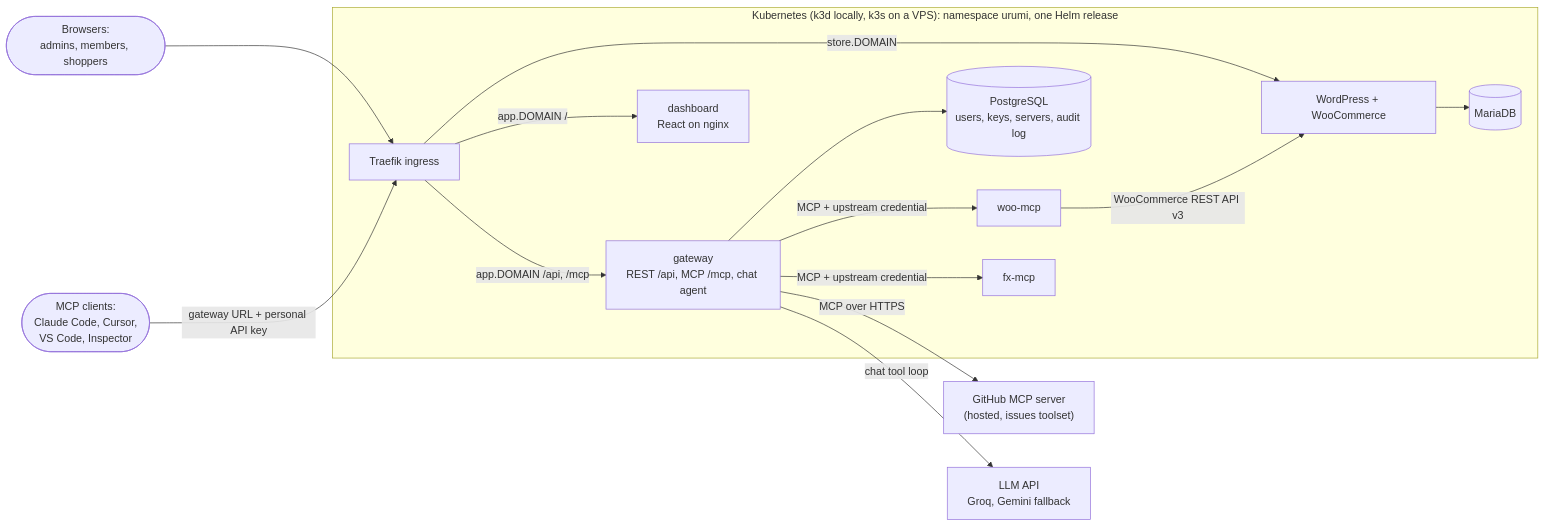
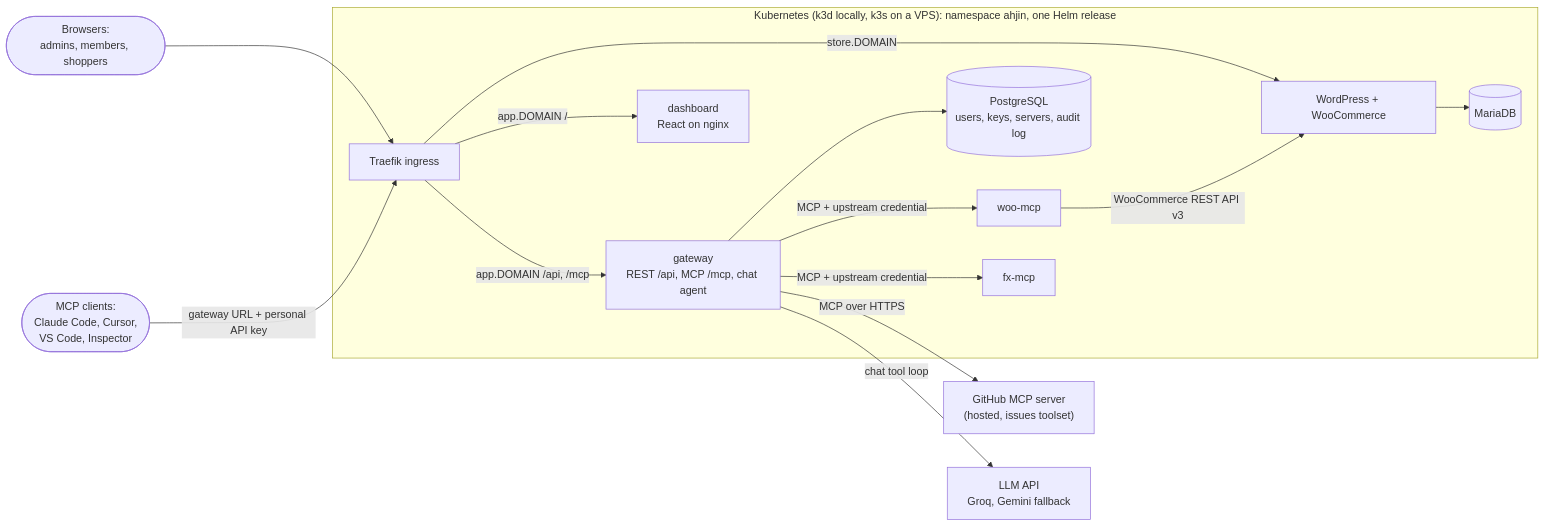
One commit to Mohan0112/Merchant_MCP_gateway changed the diagram in README.md. Above: the diagram before and after it, drawn with Mermaid. The commit also changed other lines of this file and 135 other files, not shown here.

````diff
--- a/README.md
+++ b/README.md
@@ -29,32 +29,32 @@
 ```mermaid
 flowchart LR
     people(["Browsers:<br/>admins, members, shoppers"])
     clients(["MCP clients:<br/>Claude Code, Cursor,<br/>VS Code, Inspector"])
 
-    subgraph k8s["Kubernetes (k3d locally, k3s on a VPS): namespace urumi, one Helm release"]
+    subgraph k8s["Kubernetes (k3d locally, k3s on a VPS): namespace ahjin, one Helm release"]
         traefik["Traefik ingress"]
         dash["dashboard<br/>React on nginx"]
         gw["gateway<br/>REST /api, MCP /mcp, chat agent"]
         pg[("PostgreSQL<br/>users, keys, servers, audit log")]
         woo["woo-mcp"]
         fx["fx-mcp"]
         wp["WordPress + WooCommerce"]
         db[("MariaDB")]
     end
 
     gh["GitHub MCP server<br/>(hosted, issues toolset)"]
     llm["LLM API<br/>Groq, Gemini fallback"]
 
     people --> traefik
     clients -->|"gateway URL + personal API key"| traefik
     traefik -->|"store.DOMAIN"| wp
     traefik -->|"app.DOMAIN /"| dash
     traefik -->|"app.DOMAIN /api, /mcp"| gw
     gw --> pg
     gw -->|"MCP + upstream credential"| woo
     gw -->|"MCP + upstream credential"| fx
     gw -->|"MCP over HTTPS"| gh
     gw -->|"chat tool loop"| llm
     woo -->|"WooCommerce REST API v3"| wp
     wp --> db
 ```
````
